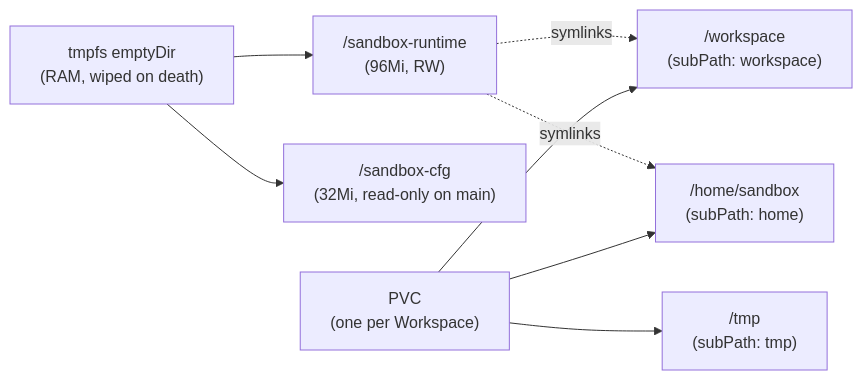
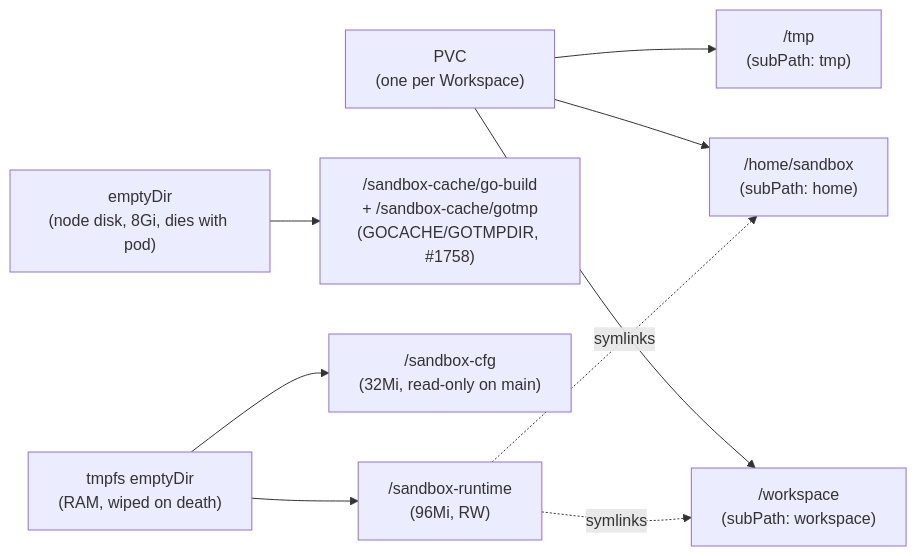
The diagram in docs/operator/storage.md (lenaxia/LLMSafeSpaces), drawn with Mermaid before and after one commit. The commit also changed other lines of this file and 5 other files, not shown here.

````diff
--- a/docs/operator/storage.md
+++ b/docs/operator/storage.md
@@ -33,10 +33,11 @@
 ```mermaid
 graph LR
     PVC["PVC<br/>(one per Workspace)"] --> WS["/workspace<br/>(subPath: workspace)"]
     PVC --> HOME["/home/sandbox<br/>(subPath: home)"]
     PVC --> TMP["/tmp<br/>(subPath: tmp)"]
+    ED["emptyDir<br/>(node disk, 8Gi, dies with pod)"] --> SC["/sandbox-cache/go-build<br/>+ /sandbox-cache/gotmp<br/>(GOCACHE/GOTMPDIR, #1758)"]
     MEM["tmpfs emptyDir<br/>(RAM, wiped on death)"] --> CFG["/sandbox-cfg<br/>(32Mi, read-only on main)"]
     MEM --> RT["/sandbox-runtime<br/>(96Mi, RW)"]
     RT -.->|"symlinks"| HOME
     RT -.->|"symlinks"| WS
 ```
````
